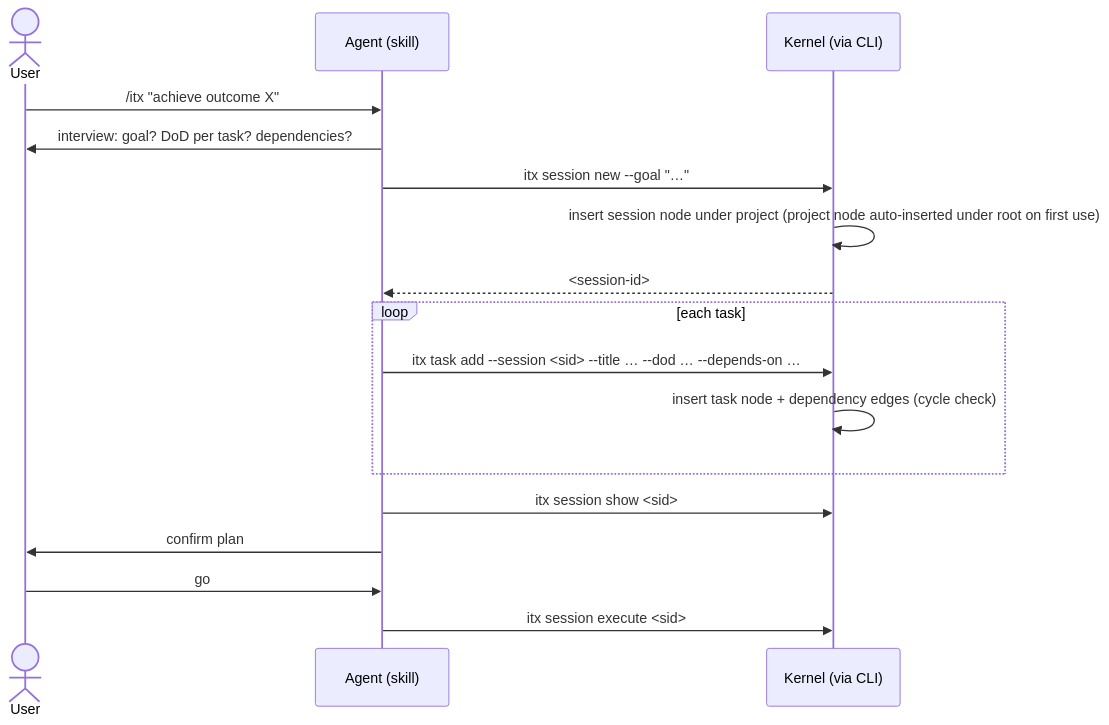
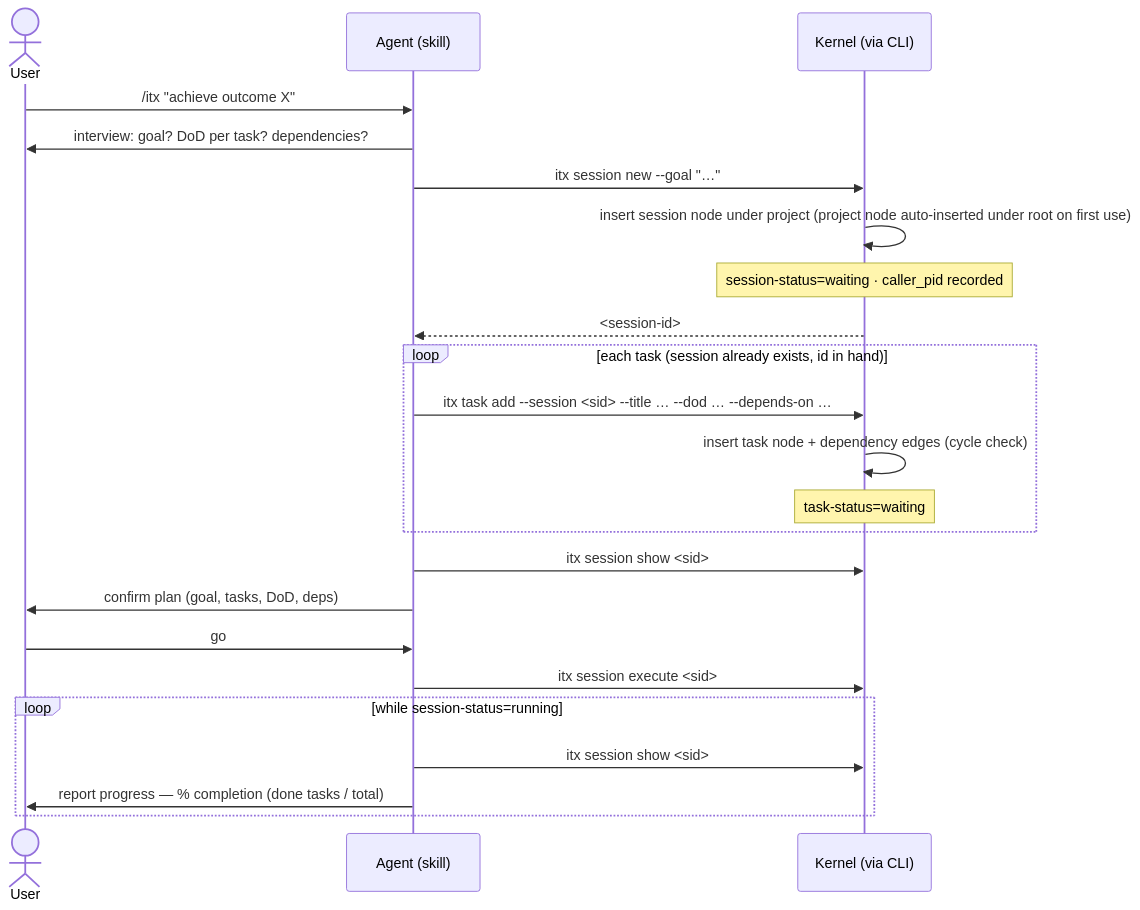
The fifth of 7 diagrams in design/arch.md (ric03uec/itx), drawn with Mermaid before and after one commit. The commit also changed other lines of this file and 4 other files, not shown here.

````diff
--- a/design/arch.md
+++ b/design/arch.md
@@ -158,20 +164,26 @@
 ```mermaid
 sequenceDiagram
     actor User
     participant Agent as Agent (skill)
     participant K as Kernel (via CLI)
 
     User->>Agent: /itx "achieve outcome X"
     Agent->>User: interview: goal? DoD per task? dependencies?
     Agent->>K: itx session new --goal "…"
     K->>K: insert session node under project (project node auto-inserted under root on first use)
+    Note over K: session-status=waiting · caller_pid recorded
     K-->>Agent: <session-id>
-    loop each task
+    loop each task (session already exists, id in hand)
         Agent->>K: itx task add --session <sid> --title … --dod … --depends-on …
         K->>K: insert task node + dependency edges (cycle check)
+        Note over K: task-status=waiting
     end
     Agent->>K: itx session show <sid>
-    Agent->>User: confirm plan
+    Agent->>User: confirm plan (goal, tasks, DoD, deps)
     User->>Agent: go
     Agent->>K: itx session execute <sid>
+    loop while session-status=running
+        Agent->>K: itx session show <sid>
+        Agent->>User: report progress — % completion (done tasks / total)
+    end
 ```
````
